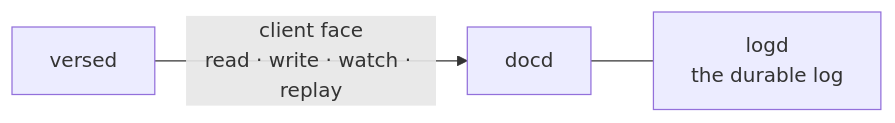
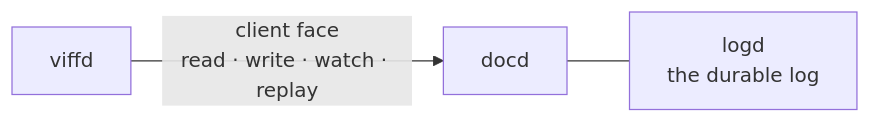
The second of 3 diagrams in docs/seams.md (signadot/viff), drawn with Mermaid before and after one commit. The commit also changed other lines of this file and 1510 other files, not shown here.

````diff
--- a/docs/seams.md
+++ b/docs/seams.md
@@ -124,5 +124,5 @@
 ```mermaid
 flowchart LR
-  versed["versed"] -->|"client face<br/>read · write · watch · replay"| docd["docd"]
+  viffd["viffd"] -->|"client face<br/>read · write · watch · replay"| docd["docd"]
   docd --- logd["logd<br/>the durable log"]
 ```
````
